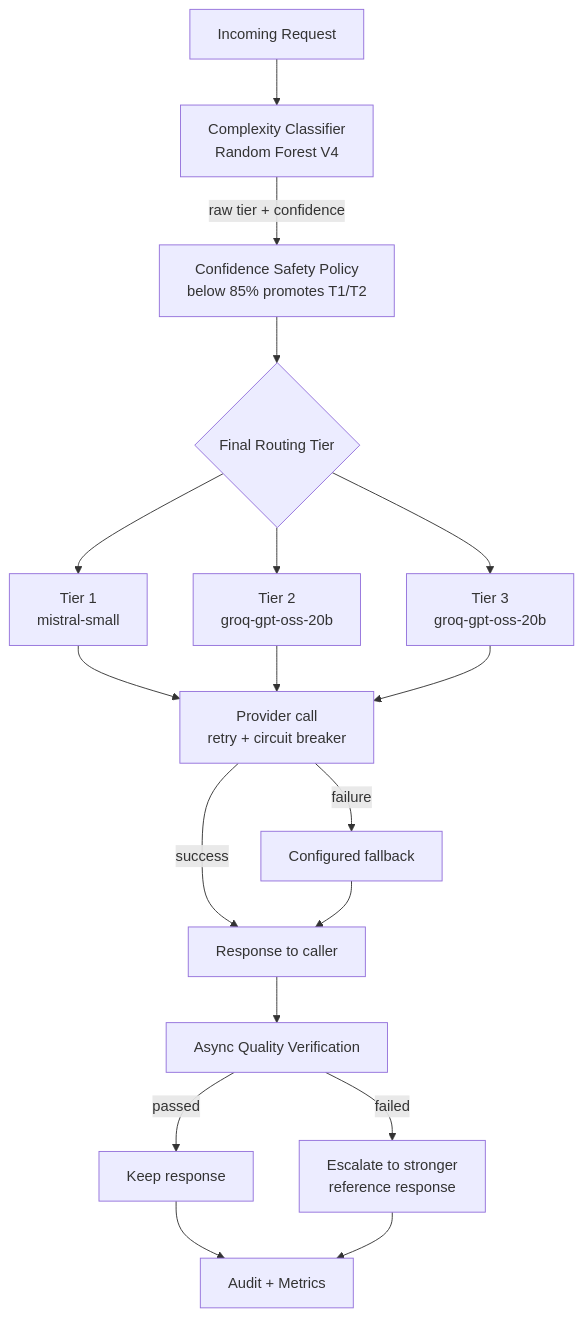
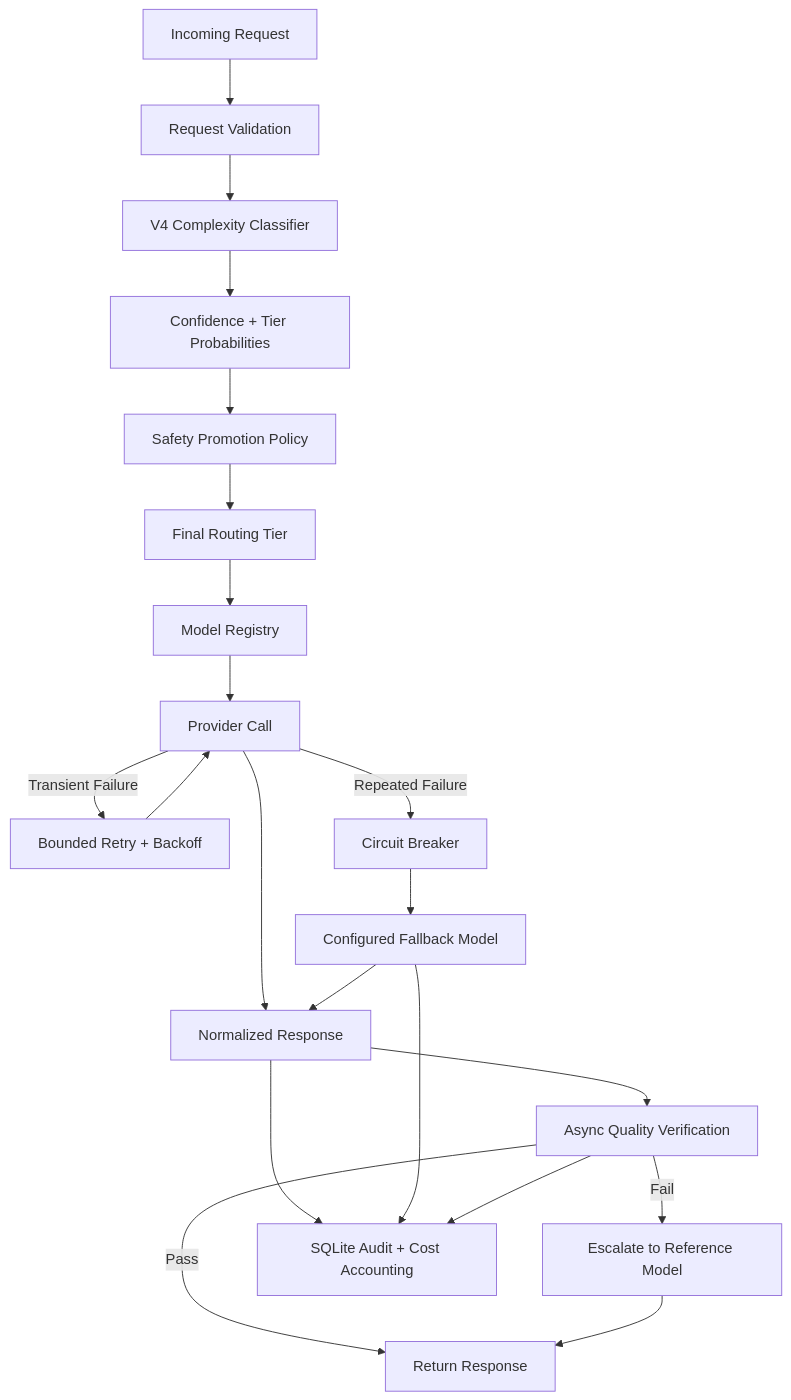
The diagram in README.md (rj1230/llm-cost-autopilot), drawn with Mermaid before and after one commit. The commit also changed other lines of this file, not shown here.

````diff
--- a/README.md
+++ b/README.md
@@ -46,20 +108,23 @@
 ```mermaid
 flowchart TD
-    A[Incoming Request] --> B[Complexity Classifier<br/>Random Forest V4]
-    B -->|raw tier + confidence| C[Confidence Safety Policy<br/>below 85% promotes T1/T2]
-    C --> D{Final Routing Tier}
-    D --> T1[Tier 1<br/>mistral-small]
-    D --> T2[Tier 2<br/>groq-gpt-oss-20b]
-    D --> T3[Tier 3<br/>groq-gpt-oss-20b]
-    T1 --> P[Provider call<br/>retry + circuit breaker]
-    T2 --> P
-    T3 --> P
-    P -->|success| R[Response to caller]
-    P -->|failure| FB[Configured fallback]
-    FB --> R
-    R --> V[Async Quality Verification]
-    V -->|passed| K[Keep response]
-    V -->|failed| X[Escalate to stronger<br/>reference response]
-    K --> L[Audit + Metrics]
-    X --> L
+    A[Incoming Request] --> B[Request Validation]
+    B --> C[V4 Complexity Classifier]
+    C --> D[Confidence + Tier Probabilities]
+    D --> E[Safety Promotion Policy]
+    E --> F[Final Routing Tier]
+    F --> G[Model Registry]
+    G --> H[Provider Call]
+    H -->|Transient Failure| I[Bounded Retry + Backoff]
+    I --> H
+    H -->|Repeated Failure| J[Circuit Breaker]
+    J --> K[Configured Fallback Model]
+    H --> L[Normalized Response]
+    K --> L
+    L --> M[Async Quality Verification]
+    M -->|Pass| N[Return Response]
+    M -->|Fail| O[Escalate to Reference Model]
+    O --> N
+    L --> P[SQLite Audit + Cost Accounting]
+    K --> P
+    M --> P
 ```
````
